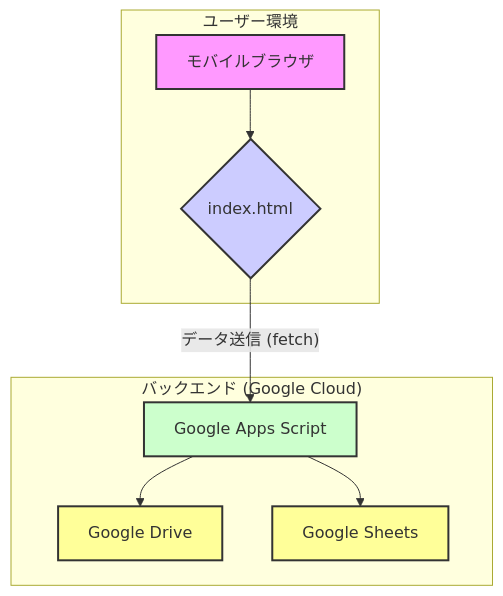
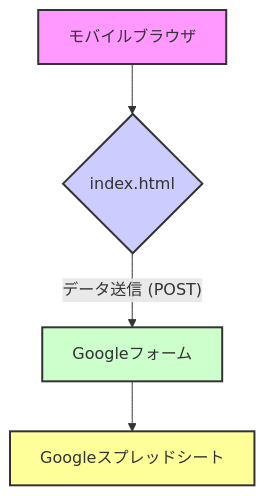
Before and after one commit to AbroadUmedaShota/C5998_scanner_app: the diagram in docs/01_ARCHITECTURE.md, drawn with Mermaid. The commit also changed other lines of this file and 3 other files, not shown here.

````diff
--- a/docs/01_ARCHITECTURE.md
+++ b/docs/01_ARCHITECTURE.md
@@ -7,19 +7,11 @@
 ```mermaid
 graph TD
-    subgraph "ユーザー環境"
-        A[モバイルブラウザ] --> B{index.html};
-    end
-
-    subgraph "バックエンド (Google Cloud)"
-        C[Google Apps Script] --> D[Google Drive];
-        C --> E[Google Sheets];
-    end
-
-    B -- "データ送信 (fetch)" --> C;
+    A[モバイルブラウザ] --> B{index.html};
+    B -- "データ送信 (POST)" --> C[Googleフォーム];
+    C --> D[Googleスプレッドシート];
 
     style A fill:#f9f,stroke:#333,stroke-width:2px
     style B fill:#ccf,stroke:#333,stroke-width:2px
     style C fill:#cfc,stroke:#333,stroke-width:2px
     style D fill:#ff9,stroke:#333,stroke-width:2px
-    style E fill:#ff9,stroke:#333,stroke-width:2px
 ```
````
